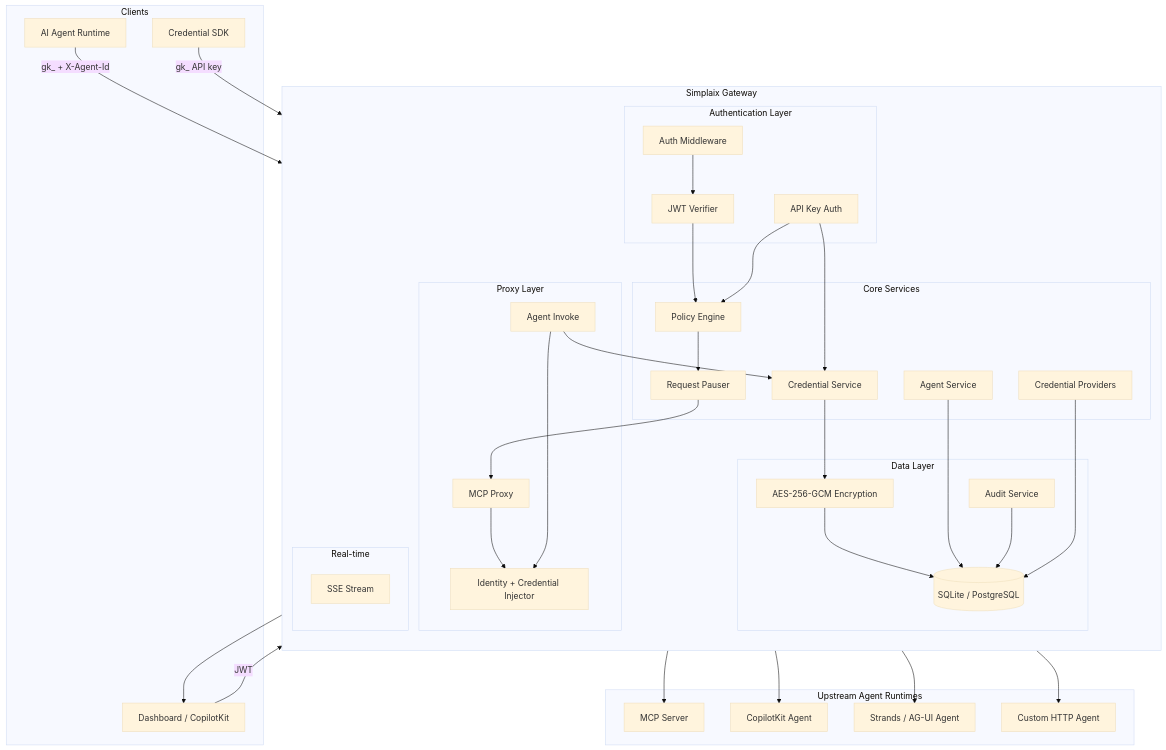
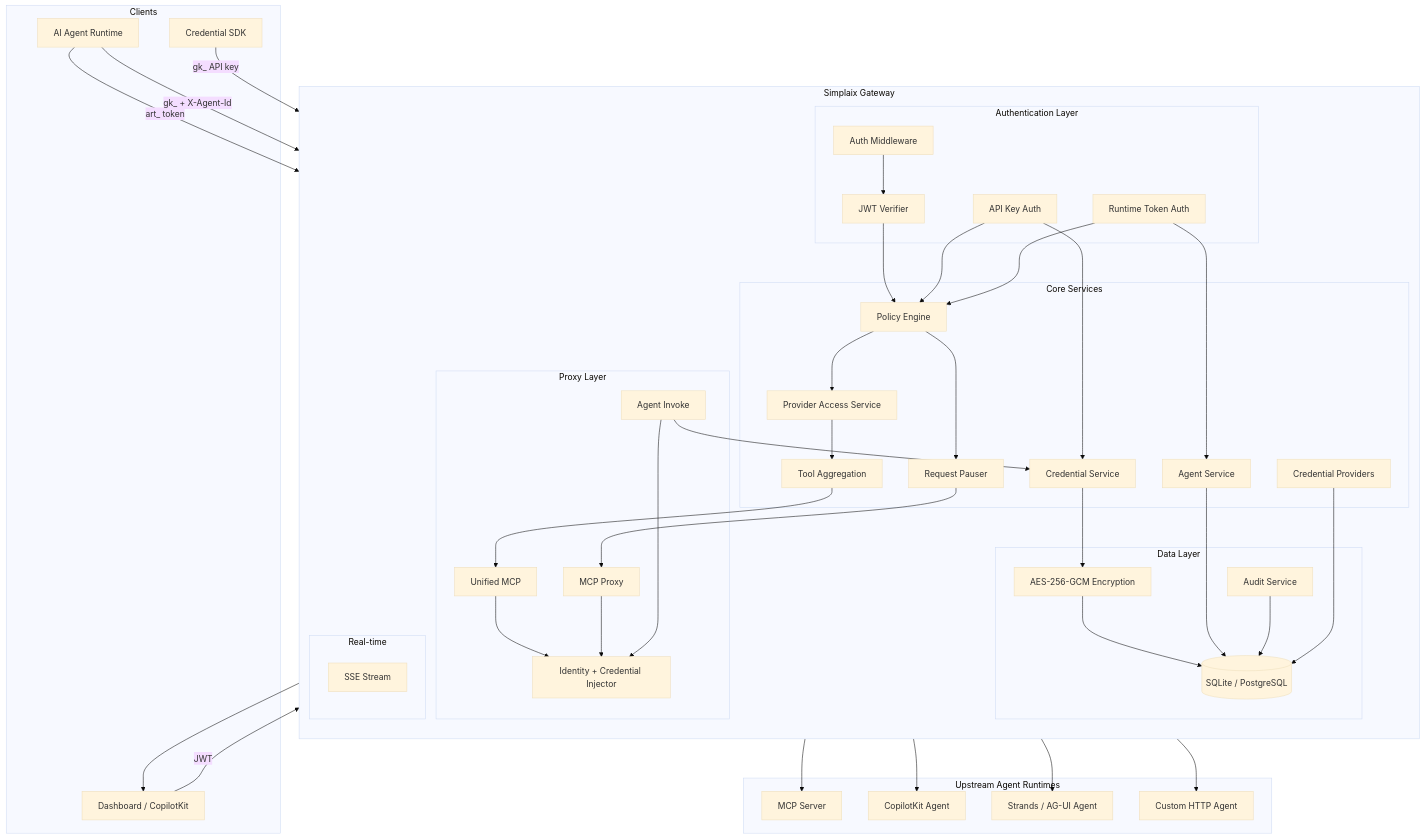
Before and after one commit to simplaix/simplaix-gateway: the diagram in docs/content/docs/concepts/architecture.mdx, drawn with Mermaid (base theme). The commit also changed other lines of this file and 53 other files, not shown here.

```diff
--- a/docs/content/docs/concepts/architecture.mdx
+++ b/docs/content/docs/concepts/architecture.mdx
@@ -22,17 +22,21 @@
             AuthMW[Auth Middleware]
             JWT[JWT Verifier]
             APIKeyAuth[API Key Auth]
+            ART[Runtime Token Auth]
         end
 
         subgraph core [Core Services]
             Policy[Policy Engine]
+            ACL[Provider Access Service]
             Pauser[Request Pauser]
             AgentSvc[Agent Service]
             CredSvc[Credential Service]
             CredProviders[Credential Providers]
+            Aggregation[Tool Aggregation]
         end
 
         subgraph proxy [Proxy Layer]
+            MCPUnified[Unified MCP]
             MCPProxy[MCP Proxy]
             AgentInvoke[Agent Invoke]
             HeaderInjector[Identity + Credential Injector]
@@ -57,14 +61,20 @@
     end
 
     FE -->|JWT| AuthMW
+    AI -->|art_ token| ART
     AI -->|gk_ + X-Agent-Id| APIKeyAuth
     SDK -->|gk_ API key| APIKeyAuth
 
     AuthMW --> JWT
     APIKeyAuth --> CredSvc
+    ART --> AgentSvc
 
     JWT --> Policy
     APIKeyAuth --> Policy
+    ART --> Policy
+    Policy --> ACL
+    ACL --> Aggregation
+    Aggregation --> MCPUnified
     Policy --> Pauser
     Pauser --> MCPProxy
 
@@ -72,6 +82,7 @@
     CredSvc --> Encryption
     Encryption --> DB
 
+    MCPUnified --> HeaderInjector
     MCPProxy --> HeaderInjector
     AgentInvoke --> HeaderInjector
     HeaderInjector --> MCP1
```
